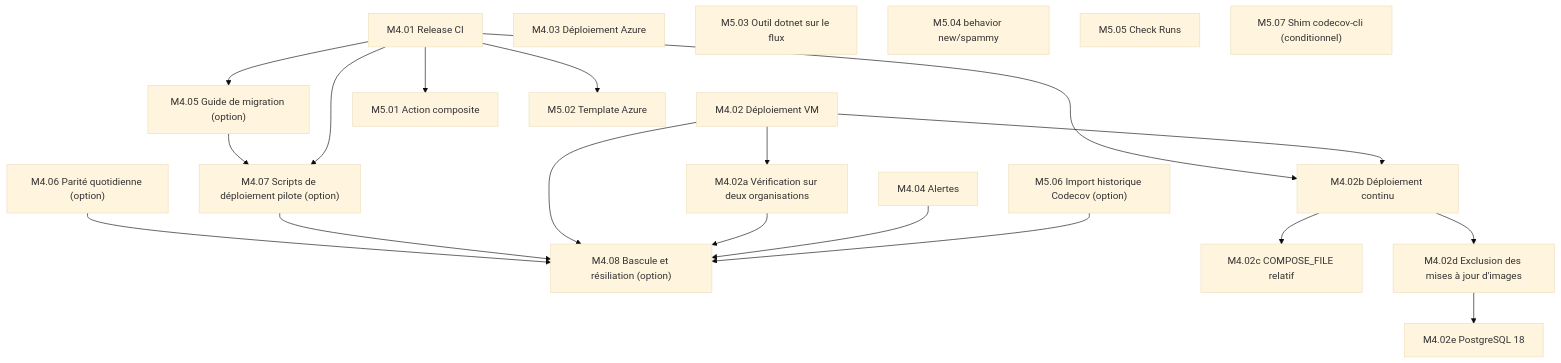
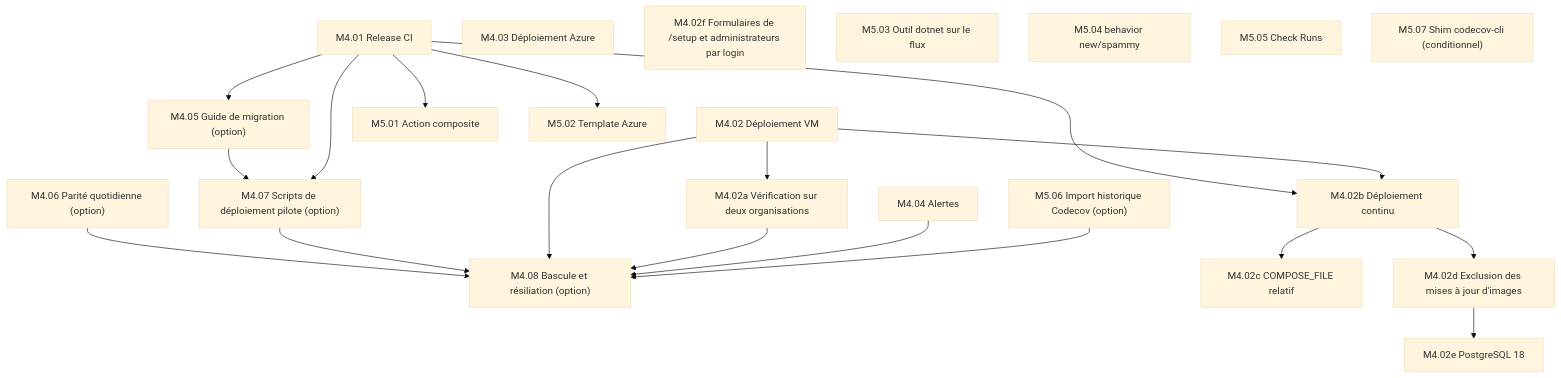
One commit to gaetanthouvenin/code-coverage changed the sixth of 6 diagrams in docs/PLAN.md. Above: the diagram before and after it, drawn with Mermaid (base theme). The commit also changed other lines of this file, not shown here.

First line of the commit message:
docs(plan): 📝 Add M4.02f, the working /setup forms and administrators by login

````diff
--- a/docs/PLAN.md
+++ b/docs/PLAN.md
@@ -431,28 +431,29 @@
 ```mermaid
 graph TD
   M4_01["M4.01 Release CI"]
   M4_02["M4.02 Déploiement VM"]
   M4_03["M4.03 Déploiement Azure"]
   M4_04["M4.04 Alertes"]
   M4_05["M4.05 Guide de migration (option)"] --> M4_07["M4.07 Scripts de déploiement pilote (option)"]
   M4_06["M4.06 Parité quotidienne (option)"] --> M4_08["M4.08 Bascule et résiliation (option)"]
   M4_07 --> M4_08
   M4_01 --> M4_07
   M4_01 --> M4_05
   M4_02 --> M4_08
   M4_02 --> M4_02a["M4.02a Vérification sur deux organisations"]
   M4_01 --> M4_02b["M4.02b Déploiement continu"]
   M4_02 --> M4_02b
   M4_02b --> M4_02c["M4.02c COMPOSE_FILE relatif"]
   M4_02b --> M4_02d["M4.02d Exclusion des mises à jour d'images"]
   M4_02d --> M4_02e["M4.02e PostgreSQL 18"]
+  M4_02f["M4.02f Formulaires de /setup et administrateurs par login"]
   M4_02a --> M4_08
   M4_04 --> M4_08
   M4_01 --> M5_01["M5.01 Action composite"]
   M4_01 --> M5_02["M5.02 Template Azure"]
   M5_03["M5.03 Outil dotnet sur le flux"]
   M5_04["M5.04 behavior new/spammy"]
   M5_05["M5.05 Check Runs"]
   M5_06["M5.06 Import historique Codecov (option)"] --> M4_08
   M5_07["M5.07 Shim codecov-cli (conditionnel)"]
 ```
````
